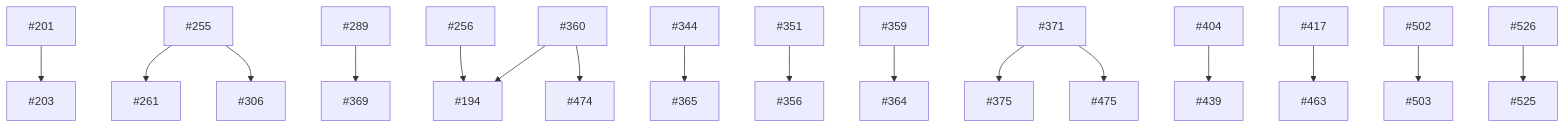
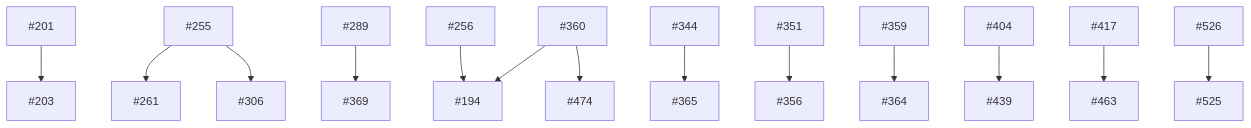
One commit to ronsse/trellis-ai changed the diagram in docs/issues/reviews/2026-09-04/README.md. Above: the diagram before and after it, drawn with Mermaid. The commit also changed 5 other files, not shown here.

````diff
--- a/docs/issues/reviews/2026-09-04/README.md
+++ b/docs/issues/reviews/2026-09-04/README.md
@@ -75,19 +75,16 @@
 ```mermaid
 flowchart TD
   I201[#201] --> I203[#203]
   I255[#255] --> I261[#261]
   I255[#255] --> I306[#306]
   I256[#256] --> I194[#194]
   I289[#289] --> I369[#369]
   I344[#344] --> I365[#365]
   I351[#351] --> I356[#356]
   I359[#359] --> I364[#364]
   I360[#360] --> I194[#194]
   I360[#360] --> I474[#474]
-  I371[#371] --> I375[#375]
-  I371[#371] --> I475[#475]
   I404[#404] --> I439[#439]
   I417[#417] --> I463[#463]
-  I502[#502] --> I503[#503]
   I526[#526] --> I525[#525]
 ```
````
